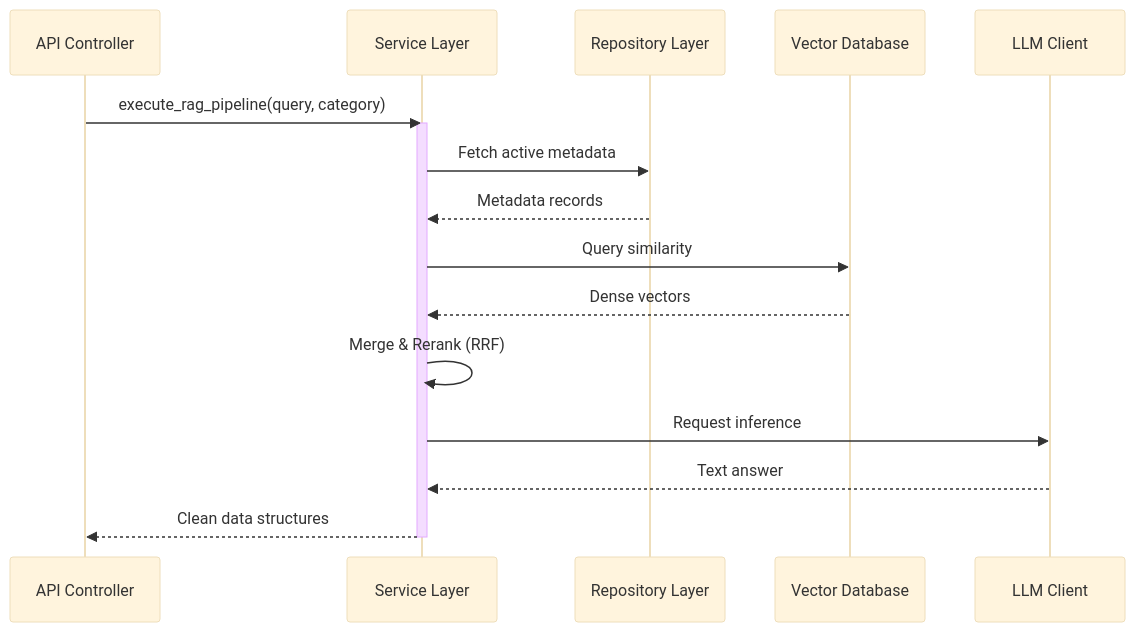
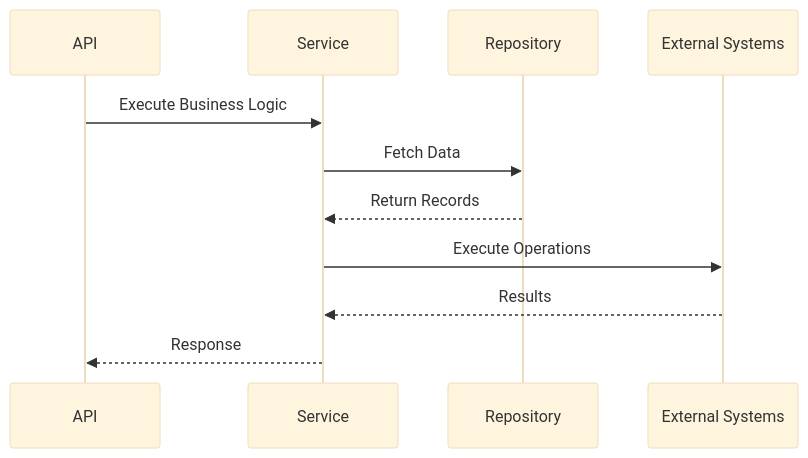
Before and after one commit to Prithunandananks/SupportAI: the fourth of 5 diagrams in support_ai_architecture_specification.md, drawn with Mermaid (base theme). The commit also changed other lines of this file, not shown here.

````diff
--- a/support_ai_architecture_specification.md
+++ b/support_ai_architecture_specification.md
@@ -645,14 +1747,15 @@
 ```mermaid
 sequenceDiagram
-    API Controller->>Service Layer: execute_rag_pipeline(query, category)
-    activate Service Layer
-    Service Layer->>Repository Layer: Fetch active metadata
-    Repository Layer-->>Service Layer: Metadata records
-    Service Layer->>Vector Database: Query similarity
-    Vector Database-->>Service Layer: Dense vectors
-    Service Layer->>Service Layer: Merge & Rerank (RRF)
-    Service Layer->>LLM Client: Request inference
-    LLM Client-->>Service Layer: Text answer
-    Service Layer-->>API Controller: Clean data structures
-    deactivate Service Layer
+
+    API->>Service: Execute Business Logic
+
+    Service->>Repository: Fetch Data
+
+    Repository-->>Service: Return Records
+
+    Service->>External Systems: Execute Operations
+
+    External Systems-->>Service: Results
+
+    Service-->>API: Response
 ```
````
